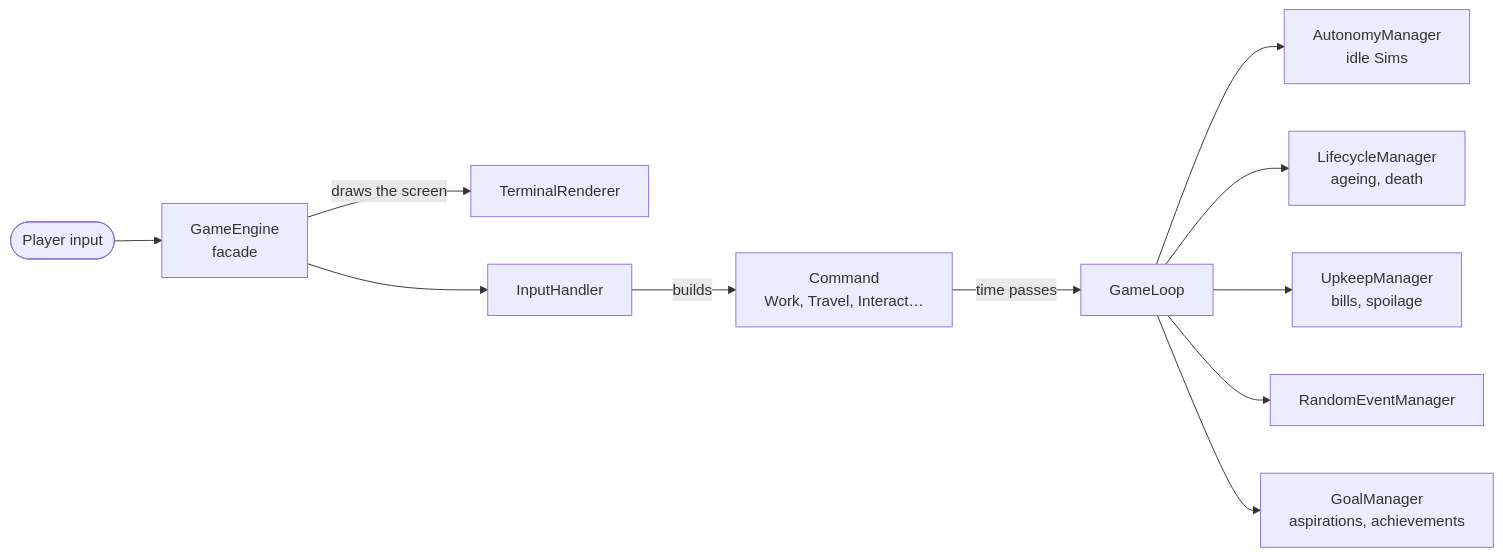
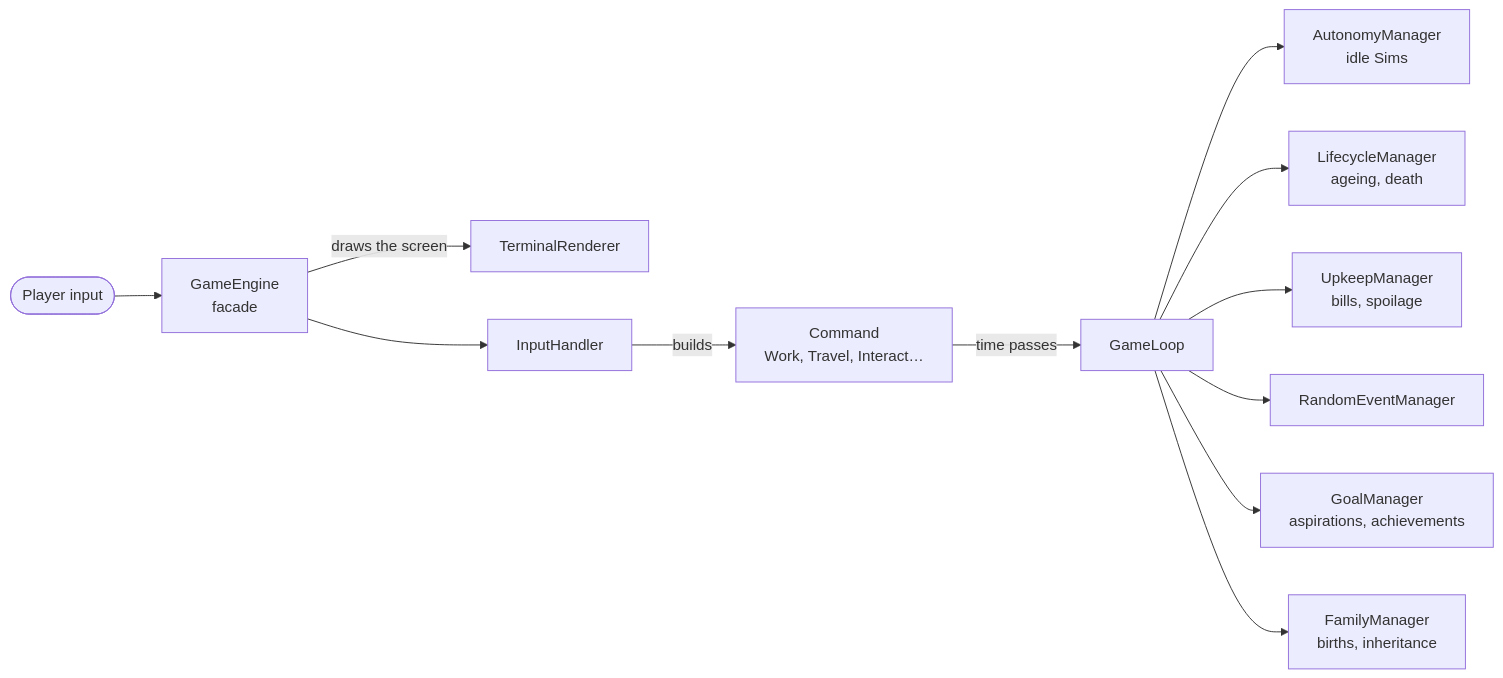
Before and after one commit to BlackberryDealer/Sims-CLI-game: the diagram in README.md, drawn with Mermaid. The commit also changed other lines of this file and 56 other files, not shown here.

````diff
--- a/README.md
+++ b/README.md
@@ -288,13 +308,14 @@
 ```mermaid
 flowchart LR
     Player([Player input]) --> GE[GameEngine<br/>facade]
     GE -->|draws the screen| R[TerminalRenderer]
     GE --> IH[InputHandler]
     IH -->|builds| CMD[Command<br/>Work, Travel, Interact…]
     CMD -->|time passes| GL[GameLoop]
     GL --> AM[AutonomyManager<br/>idle Sims]
     GL --> LM[LifecycleManager<br/>ageing, death]
     GL --> UM[UpkeepManager<br/>bills, spoilage]
     GL --> REM[RandomEventManager]
     GL --> GM[GoalManager<br/>aspirations, achievements]
+    GL --> FM[FamilyManager<br/>births, inheritance]
 ```
````
